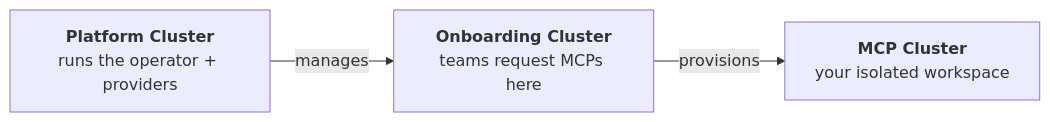
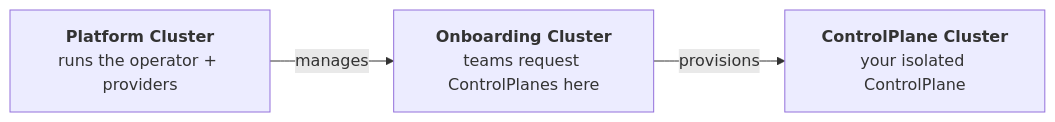
Before and after one commit to openmcp-project/docs: the diagram in docs/operators/00-quickstart.md, drawn with Mermaid. The commit also changed other lines of this file, not shown here.

Commit message:
docs(quickstart): replace MCP abbreviation with ControlPlane

````diff
--- a/docs/operators/00-quickstart.md
+++ b/docs/operators/00-quickstart.md
@@ -16,5 +16,5 @@
 ```mermaid
 flowchart LR
-    A["<b>Platform Cluster</b><br/>runs the operator + providers"] -->|manages| B["<b>Onboarding Cluster</b><br/>teams request MCPs here"]
-    B -->|provisions| C["<b>MCP Cluster</b><br/>your isolated workspace"]
+    A["<b>Platform Cluster</b><br/>runs the operator + providers"] -->|manages| B["<b>Onboarding Cluster</b><br/>teams request ControlPlanes here"]
+    B -->|provisions| C["<b>ControlPlane Cluster</b><br/>your isolated ControlPlane"]
 ```
````
